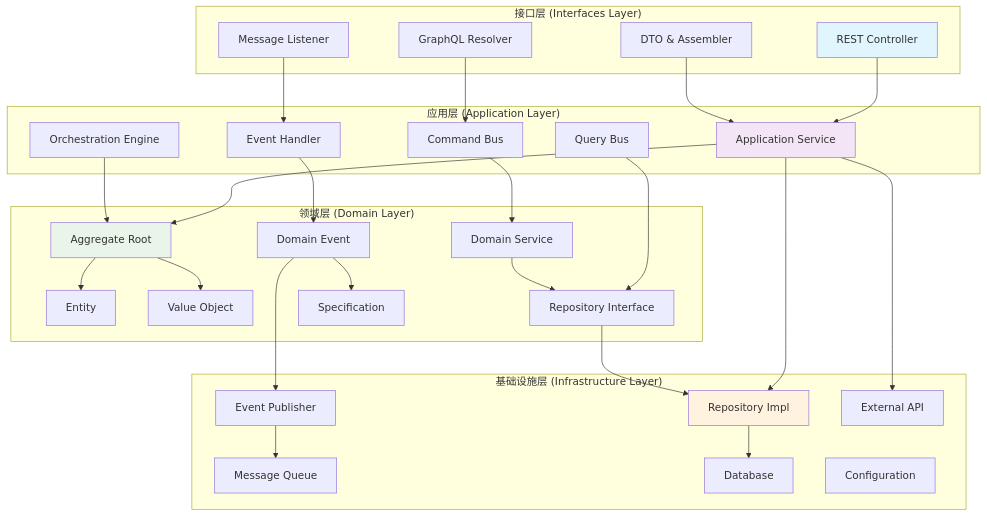
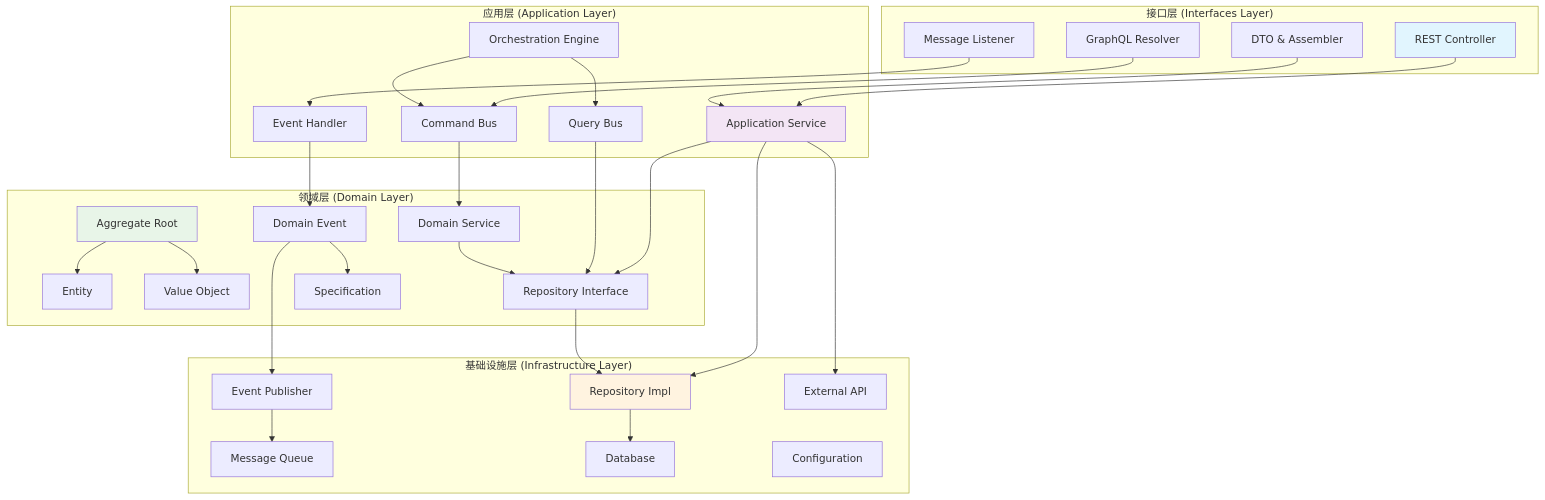
The first of 8 diagrams in ddd-framework/README.md (ANTHEM37/ddd-project), drawn with Mermaid before and after one commit.

Commit message:
docs(ddd-framework): 更新 README 中的架构图
- 修改 B1 节点的连接，从 C1 改为 C6- 更新 B4 节点的连接，移除与 C1 的连接，增加与 B2 和 B3 的连接
- 优化图表布局，提高可读性

````diff
--- a/ddd-framework/README.md
+++ b/ddd-framework/README.md
@@ -29,64 +29,65 @@
 ```mermaid
 graph TB
     subgraph "接口层 (Interfaces Layer)"
         A1[REST Controller]
         A2[GraphQL Resolver]
         A3[Message Listener]
         A4[DTO & Assembler]
     end
     
     subgraph "应用层 (Application Layer)"
         B1[Application Service]
         B2[Command Bus]
         B3[Query Bus]
         B4[Orchestration Engine]
         B5[Event Handler]
     end
     
     subgraph "领域层 (Domain Layer)"
         C1[Aggregate Root]
         C2[Entity]
         C3[Value Object]
         C4[Domain Service]
         C5[Domain Event]
         C6[Repository Interface]
         C7[Specification]
     end
     
     subgraph "基础设施层 (Infrastructure Layer)"
         D1[Repository Impl]
         D2[Event Publisher]
         D3[Message Queue]
         D4[Database]
         D5[External API]
         D6[Configuration]
     end
     
     A1 --> B1
     A2 --> B2
     A3 --> B5
     A4 --> B1
     
-    B1 --> C1
+    B1 --> C6
     B2 --> C4
     B3 --> C6
-    B4 --> C1
+    B4 --> B2
+    B4 --> B3
     B5 --> C5
     
     C1 --> C2
     C1 --> C3
     C4 --> C6
     C5 --> C7
     
     B1 --> D1
     C6 --> D1
     C5 --> D2
     D2 --> D3
     D1 --> D4
     B1 --> D5
     
     style A1 fill:#e1f5fe
     style B1 fill:#f3e5f5
     style C1 fill:#e8f5e8
     style D1 fill:#fff3e0
 ```
````
